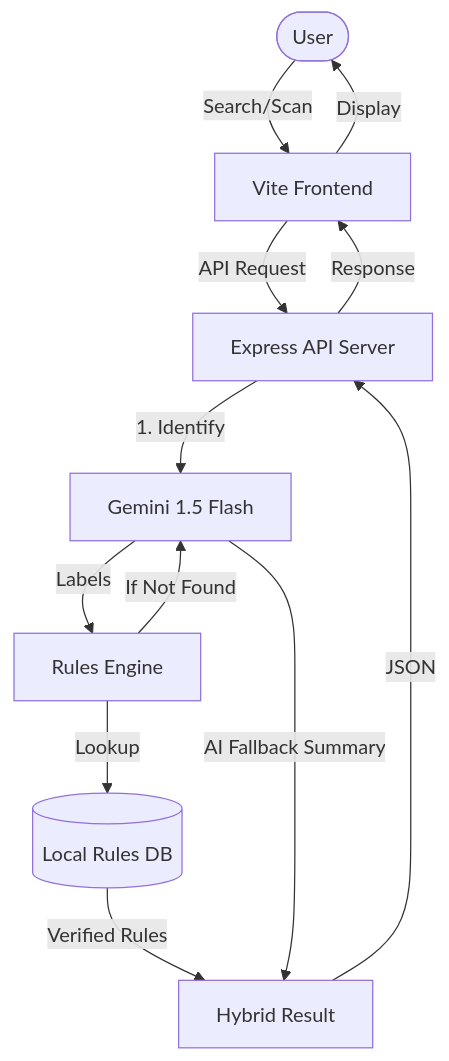
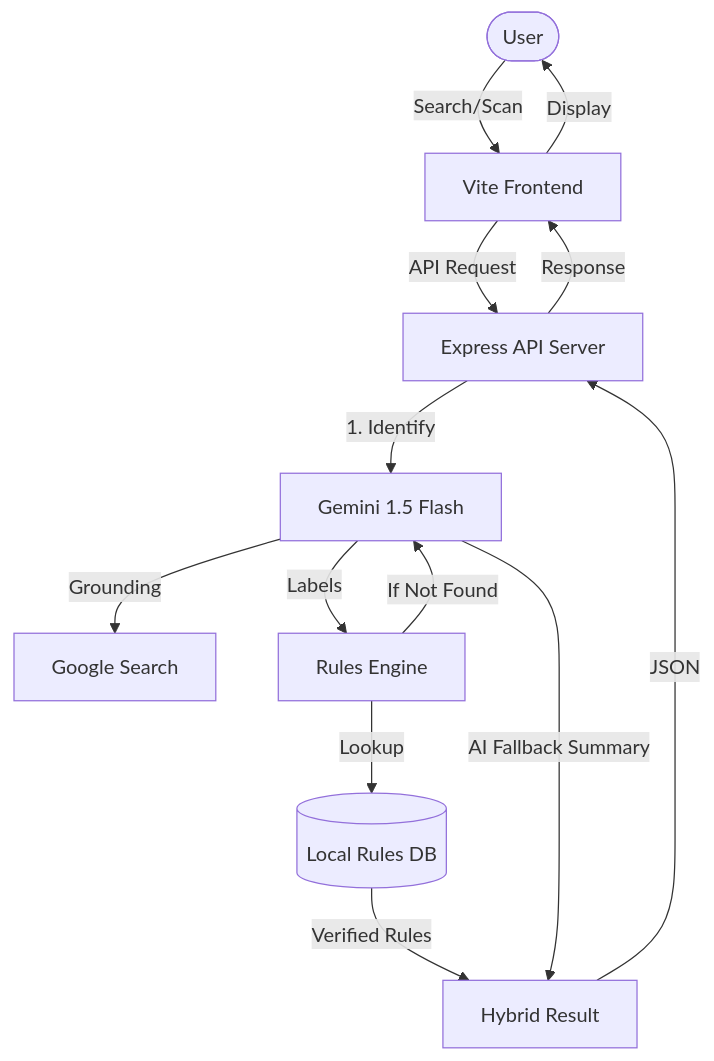
One commit to JacobAsir/GomiSense changed the diagram in README.md. Above: the diagram before and after it, drawn with Mermaid. The commit also changed other lines of this file, not shown here.

Commit message:
Docs: Update README with What's New section and production architecture

````diff
--- a/README.md
+++ b/README.md
@@ -144,14 +116,15 @@
 ```mermaid
 graph TD
     User([User]) -->|Search/Scan| Web[Vite Frontend]
     Web -->|API Request| API[Express API Server]
     API -->|1. Identify| AI[Gemini 1.5 Flash]
+    AI -->|Grounding| Google[Google Search]
     AI -->|Labels| Engine[Rules Engine]
     Engine -->|Lookup| DB[(Local Rules DB)]
     DB -->|Verified Rules| Result[Hybrid Result]
     Engine -->|If Not Found| AI
     AI -->|AI Fallback Summary| Result
     Result -->|JSON| API
     API -->|Response| Web
     Web -->|Display| User
 ```
````
